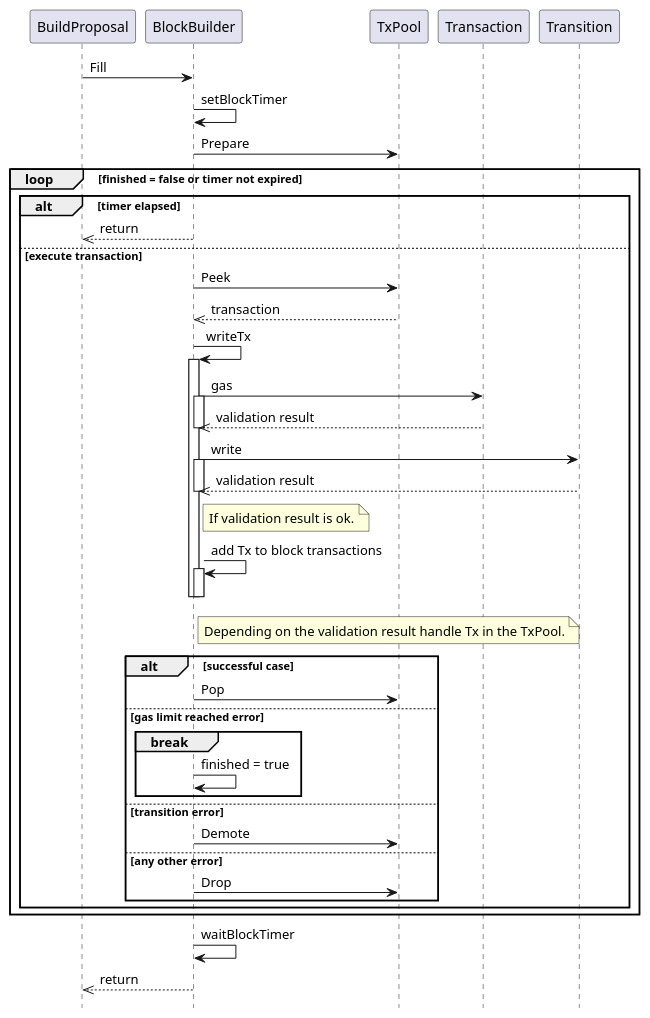
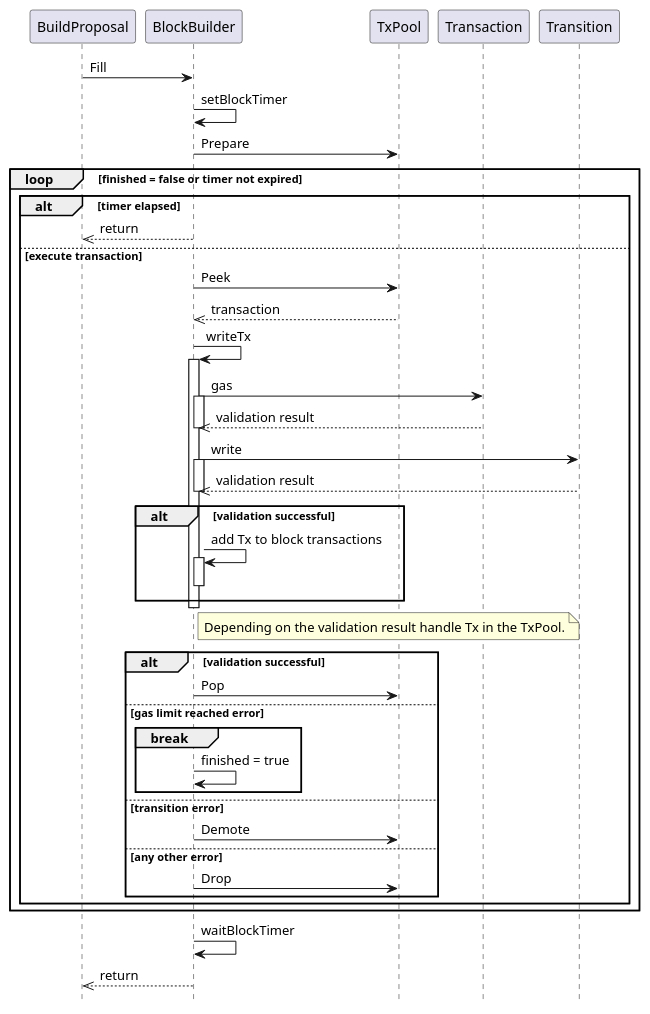
Before and after one commit to Ethernal-Tech/blade-legacy: the diagram in txpool/uml/txpool_block_creation_sequence.puml, drawn with PlantUML. The commit also changed 15 other files, not shown here.

```diff
--- a/txpool/uml/txpool_block_creation_sequence.puml
+++ b/txpool/uml/txpool_block_creation_sequence.puml
@@ -1,55 +1,55 @@
 @startuml
 hide footbox
 
 BuildProposal -> BlockBuilder: Fill
 
 BlockBuilder -> BlockBuilder: setBlockTimer 
 BlockBuilder -> TxPool: Prepare
 
     loop finished = false or timer not expired
         
         alt timer elapsed
             BuildProposal <<-- BlockBuilder: return
         else execute transaction
 
             BlockBuilder -> TxPool: Peek
             BlockBuilder <<-- TxPool: transaction
 
             BlockBuilder -> BlockBuilder: writeTx
             activate BlockBuilder
             BlockBuilder -> Transaction: gas
             activate BlockBuilder
             BlockBuilder <<-- Transaction: validation result
             deactivate BlockBuilder
             BlockBuilder -> Transition: write
             activate BlockBuilder
             BlockBuilder <<-- Transition: validation result
             deactivate BlockBuilder
-            note right of BlockBuilder
-                If validation result is ok.
-            end note
-            BlockBuilder -> BlockBuilder: add Tx to block transactions
-            
-            activate BlockBuilder
-            
-            deactivate BlockBuilder
+
+            alt validation successful
+                BlockBuilder -> BlockBuilder: add Tx to block transactions
+                
+                activate BlockBuilder
+                deactivate BlockBuilder
+            end
+
             deactivate BlockBuilder
             note right of BlockBuilder
                 Depending on the validation result handle Tx in the TxPool.
             end note
-            alt successful case
+            alt validation successful
                 BlockBuilder -> TxPool: Pop
             else gas limit reached error
                 break
                     BlockBuilder -> BlockBuilder : finished = true
                 end
             else transition error
                 BlockBuilder -> TxPool: Demote
             else any other error
                 BlockBuilder -> TxPool: Drop
             end 
         end 
     end
 BlockBuilder -> BlockBuilder: waitBlockTimer 
 BuildProposal <<-- BlockBuilder: return
 @enduml
```
